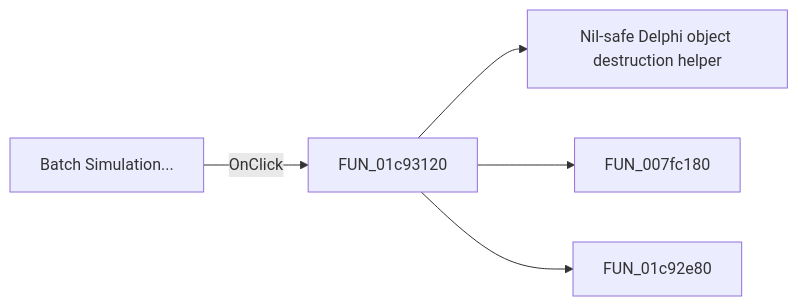
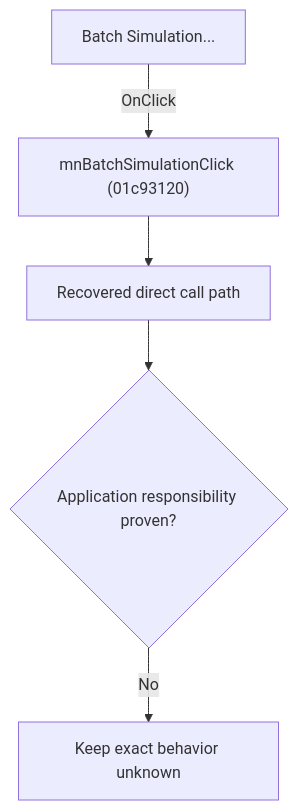
One commit to MovGP0/TIARA changed the diagram in docs/ui-controls/schematiceditor/mnbatchsimulation-50ef2d9a4f.md. Above: the diagram before and after it, drawn with Mermaid. The commit also changed other lines of this file and 1062 other files, not shown here.

````diff
--- a/docs/ui-controls/schematiceditor/mnbatchsimulation-50ef2d9a4f.md
+++ b/docs/ui-controls/schematiceditor/mnbatchsimulation-50ef2d9a4f.md
@@ -27,7 +27,7 @@
 ```mermaid
-flowchart LR
-    control["Batch Simulation..."] -->|OnClick| handler["FUN_01c93120"]
-    handler --> call1["Nil-safe Delphi object destruction helper"]
-    handler --> call2["FUN_007fc180"]
-    handler --> call3["FUN_01c92e80"]
+flowchart TD
+    control["Batch Simulation..."] -->|"OnClick"| handler["mnBatchSimulationClick (01c93120)"]
+    handler --> recovered["Recovered direct call path"]
+    recovered --> gap{"Application responsibility proven?"}
+    gap -->|"No"| blocked["Keep exact behavior unknown"]
 ```
````
